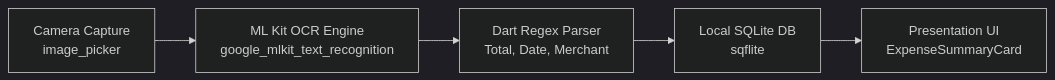
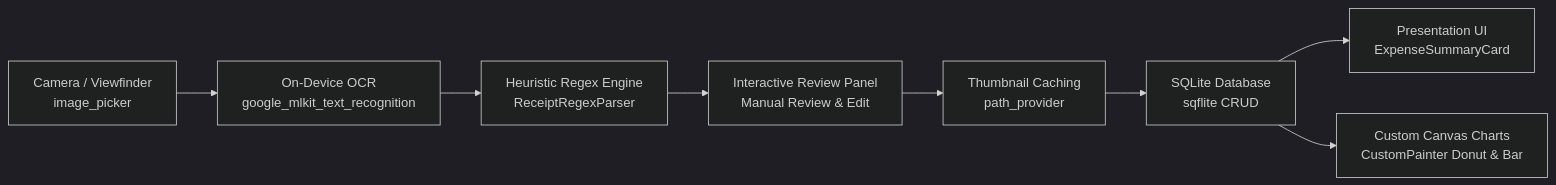
Before and after one commit to AnBinh05/expense-receipt-tracker: the diagram in README.md, drawn with Mermaid (dark theme). The commit also changed other lines of this file, not shown here.

Commit message:
docs: Cap nhat README.md chi tiet ve pipeline OCR, Heuristic Regex, SQLite, va Canvas Charts

````diff
--- a/README.md
+++ b/README.md
@@ -9,7 +61,10 @@
 ```mermaid
 flowchart LR
-    A[Camera Capture<br>image_picker] --> B[ML Kit OCR Engine<br>google_mlkit_text_recognition]
-    B --> C[Dart Regex Parser<br>Total, Date, Merchant]
-    C --> D[Local SQLite DB<br>sqflite]
-    D --> E[Presentation UI<br>ExpenseSummaryCard]
+    A[Camera / Viewfinder<br>image_picker] --> B[On-Device OCR<br>google_mlkit_text_recognition]
+    B --> C[Heuristic Regex Engine<br>ReceiptRegexParser]
+    C --> D[Interactive Review Panel<br>Manual Review & Edit]
+    D --> E[Thumbnail Caching<br>path_provider]
+    E --> F[SQLite Database<br>sqflite CRUD]
+    F --> G[Presentation UI<br>ExpenseSummaryCard]
+    F --> H[Custom Canvas Charts<br>CustomPainter Donut & Bar]
 ```
````
